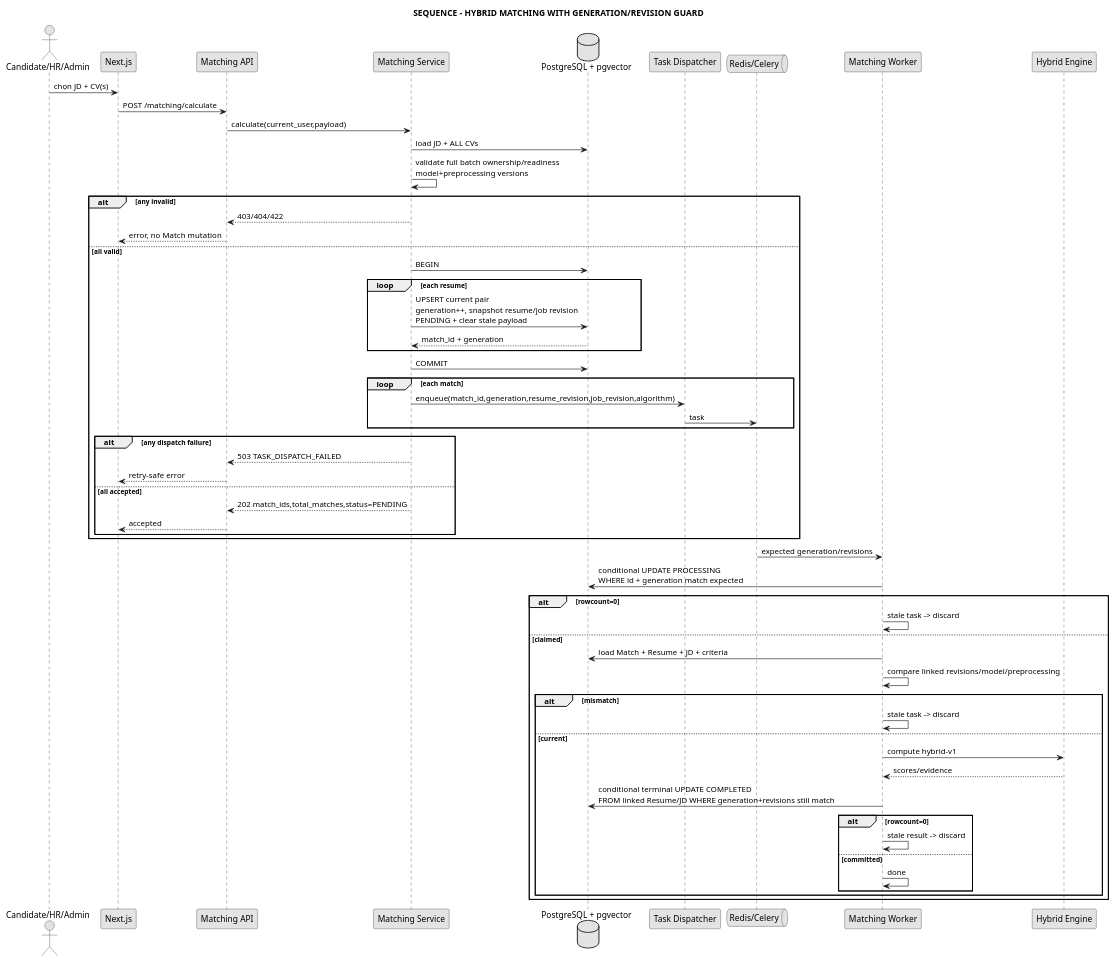
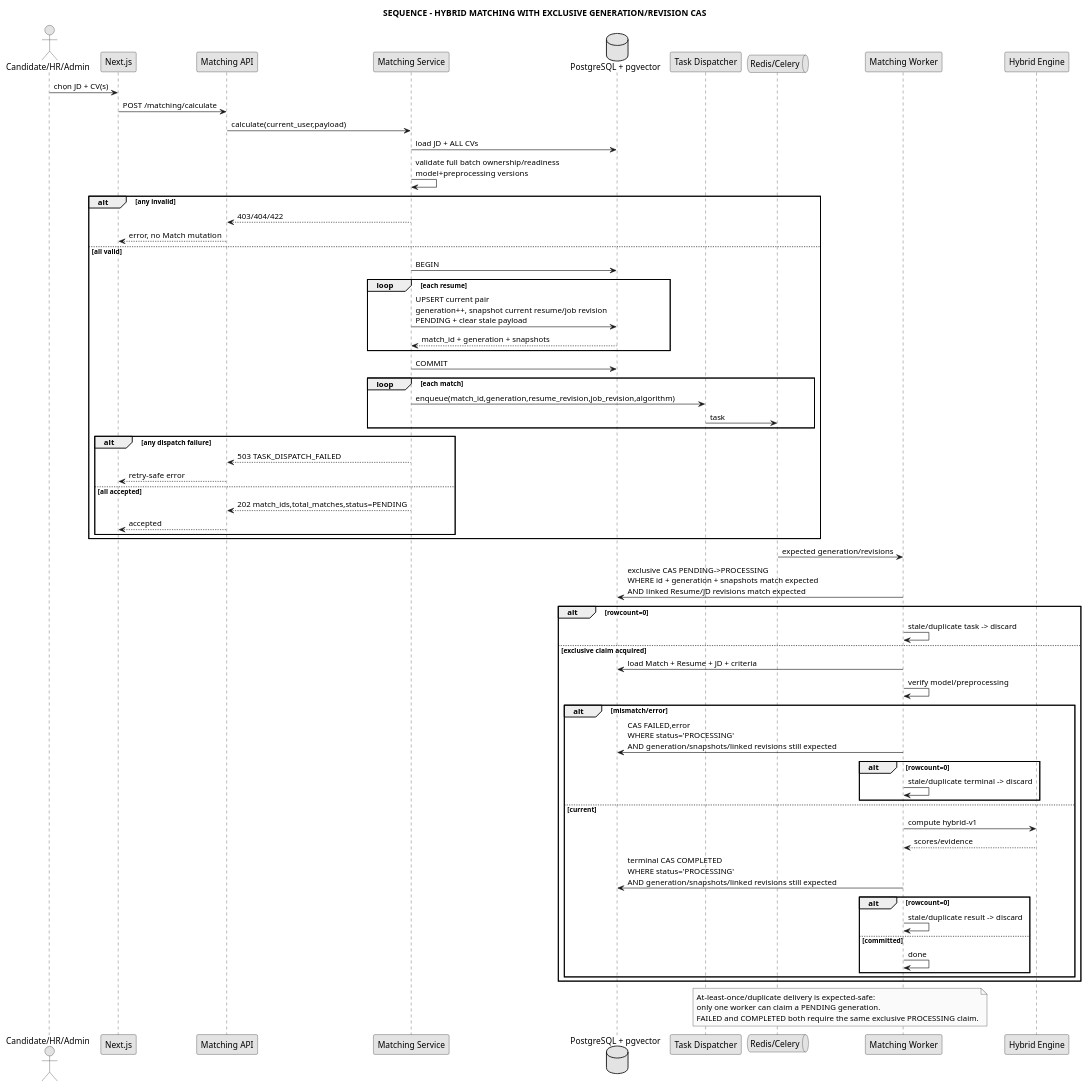
Before and after one commit to anh632k-ui/WebCVUngVienTuyenDung: the diagram in docs/04_sequence/seq_matching.puml, drawn with PlantUML.

Commit message:
docs(sequence): enforce exclusive matching claim and terminal CAS

```diff
--- a/docs/04_sequence/seq_matching.puml
+++ b/docs/04_sequence/seq_matching.puml
@@ -1,64 +1,73 @@
 @startuml
 skinparam monochrome true
 skinparam shadowing false
-title SEQUENCE - HYBRID MATCHING WITH GENERATION/REVISION GUARD
+title SEQUENCE - HYBRID MATCHING WITH EXCLUSIVE GENERATION/REVISION CAS
 
 actor "Candidate/HR/Admin" as User
 participant "Next.js" as FE
 participant "Matching API" as API
 participant "Matching Service" as Service
 database "PostgreSQL + pgvector" as DB
 participant "Task Dispatcher" as Dispatcher
 queue "Redis/Celery" as Queue
 participant "Matching Worker" as Worker
 participant "Hybrid Engine" as Engine
 
 User -> FE : chọn JD + CV(s)
 FE -> API : POST /matching/calculate
 API -> Service : calculate(current_user,payload)
 Service -> DB : load JD + ALL CVs
 Service -> Service : validate full batch ownership/readiness\nmodel+preprocessing versions
 alt any invalid
   Service --> API : 403/404/422
   API --> FE : error, no Match mutation
 else all valid
   Service -> DB : BEGIN
   loop each resume
-    Service -> DB : UPSERT current pair\ngeneration++, snapshot resume/job revision\nPENDING + clear stale payload
-    DB --> Service : match_id + generation
+    Service -> DB : UPSERT current pair\ngeneration++, snapshot current resume/job revision\nPENDING + clear stale payload
+    DB --> Service : match_id + generation + snapshots
   end
   Service -> DB : COMMIT
   loop each match
     Service -> Dispatcher : enqueue(match_id,generation,resume_revision,job_revision,algorithm)
     Dispatcher -> Queue : task
   end
   alt any dispatch failure
     Service --> API : 503 TASK_DISPATCH_FAILED
     API --> FE : retry-safe error
   else all accepted
     Service --> API : 202 match_ids,total_matches,status=PENDING
     API --> FE : accepted
   end
 end
 
 Queue -> Worker : expected generation/revisions
-Worker -> DB : conditional UPDATE PROCESSING\nWHERE id + generation match expected
+Worker -> DB : exclusive CAS PENDING->PROCESSING\nWHERE id + generation + snapshots match expected\nAND linked Resume/JD revisions match expected
 alt rowcount=0
-  Worker -> Worker : stale task -> discard
-else claimed
+  Worker -> Worker : stale/duplicate task -> discard
+else exclusive claim acquired
   Worker -> DB : load Match + Resume + JD + criteria
-  Worker -> Worker : compare linked revisions/model/preprocessing
-  alt mismatch
-    Worker -> Worker : stale task -> discard
+  Worker -> Worker : verify model/preprocessing
+  alt mismatch/error
+    Worker -> DB : CAS FAILED,error\nWHERE status='PROCESSING'\nAND generation/snapshots/linked revisions still expected
+    alt rowcount=0
+      Worker -> Worker : stale/duplicate terminal -> discard
+    end
   else current
     Worker -> Engine : compute hybrid-v1
     Engine --> Worker : scores/evidence
-    Worker -> DB : conditional terminal UPDATE COMPLETED\nFROM linked Resume/JD WHERE generation+revisions still match
+    Worker -> DB : terminal CAS COMPLETED\nWHERE status='PROCESSING'\nAND generation/snapshots/linked revisions still expected
     alt rowcount=0
-      Worker -> Worker : stale result -> discard
+      Worker -> Worker : stale/duplicate result -> discard
     else committed
       Worker -> Worker : done
     end
   end
 end
+
+note over Queue,Worker
+At-least-once/duplicate delivery is expected-safe:
+only one worker can claim a PENDING generation.
+FAILED and COMPLETED both require the same exclusive PROCESSING claim.
+end note
 @enduml
```
